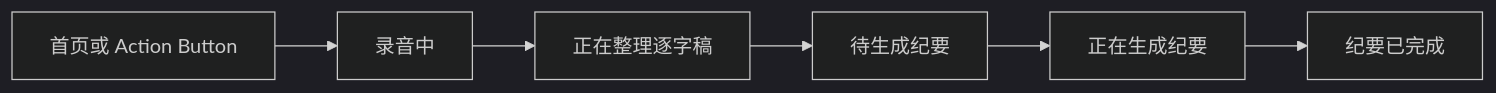
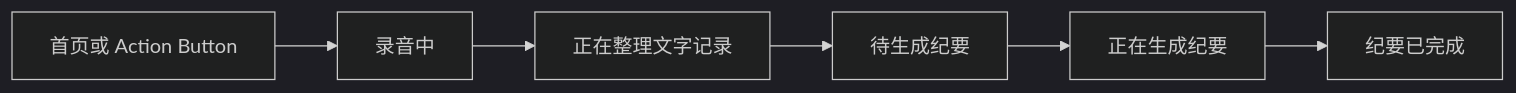
One commit to coolhwm/quill-vault changed the first of 2 diagrams in docs/MVP_产品规格.md. Above: the diagram before and after it, drawn with Mermaid (dark theme). The commit also changed other lines of this file and 9 other files, not shown here.

````diff
--- a/docs/MVP_产品规格.md
+++ b/docs/MVP_产品规格.md
@@ -73,8 +73,8 @@
 ```mermaid
 flowchart LR
     START["首页或 Action Button"] --> RECORDING["录音中"]
-    RECORDING --> FINALIZING["正在整理逐字稿"]
+    RECORDING --> FINALIZING["正在整理文字记录"]
     FINALIZING --> READY["待生成纪要"]
     READY --> GENERATING["正在生成纪要"]
     GENERATING --> COMPLETED["纪要已完成"]
 ```
````
